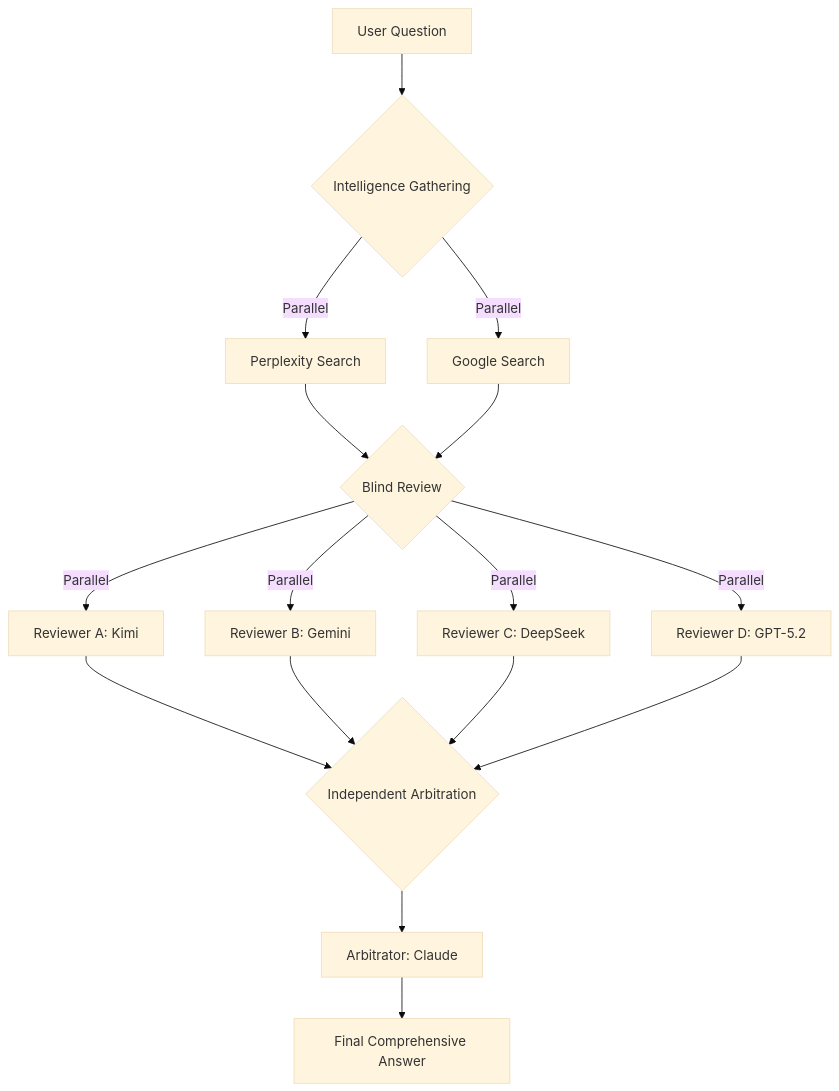
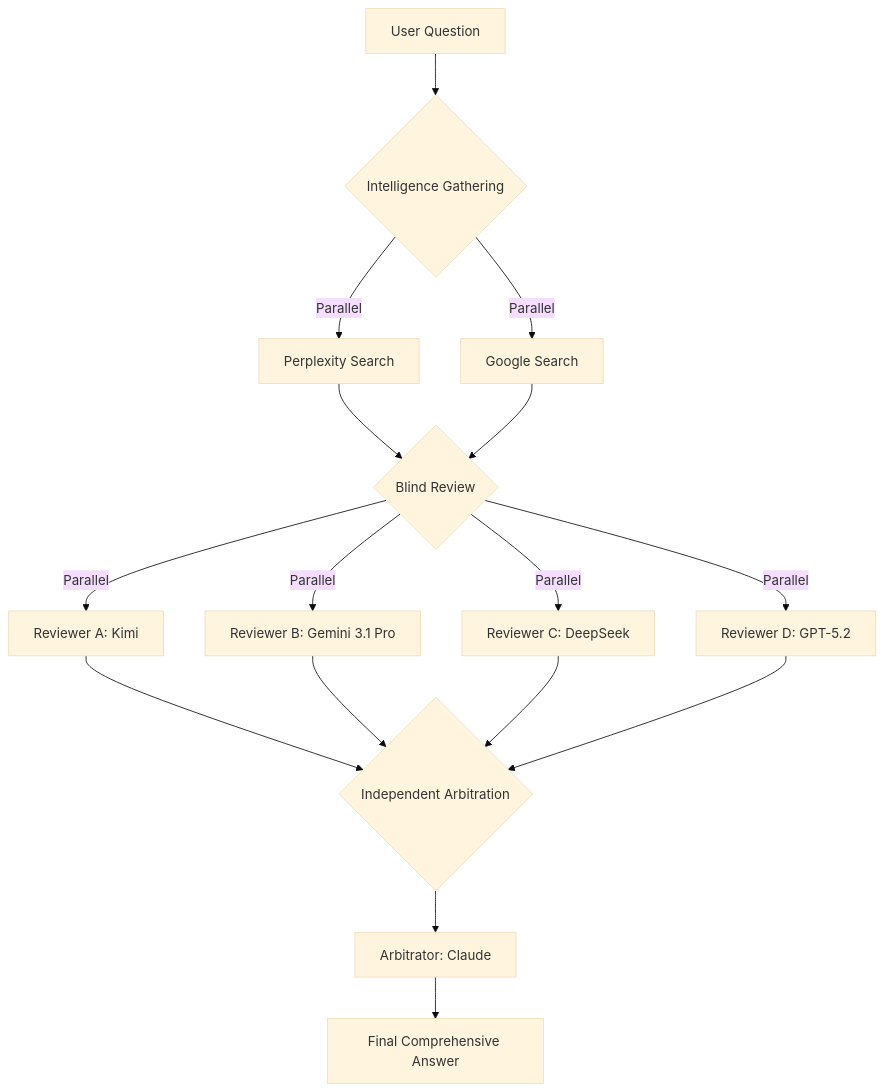
One commit to beckyeeky/openclaw-private-skills changed the diagram in ensemble-jury/SKILL.md. Above: the diagram before and after it, drawn with Mermaid (base theme). The commit also changed 2 other files, not shown here.

Commit message:
fix(ensemble-jury): update to use gemini-3-1-pro agent and add UTF-8 encoding fixes
- Replace gemini agent with gemini-3-1-pro for better performance
- Add stdout/stderr UTF-8 encoding to prevent Chinese garbled text
- Update SKILL.md and README.md documentation

````diff
--- a/ensemble-jury/SKILL.md
+++ b/ensemble-jury/SKILL.md
@@ -39,14 +39,14 @@
 ```mermaid
 graph TD
     A[User Question] --> B{Intelligence Gathering}
     B -->|Parallel| C[Perplexity Search]
     B -->|Parallel| D[Google Search]
     C & D --> E{Blind Review}
     E -->|Parallel| F[Reviewer A: Kimi]
-    E -->|Parallel| G[Reviewer B: Gemini]
+    E -->|Parallel| G[Reviewer B: Gemini 3.1 Pro]
     E -->|Parallel| H[Reviewer C: DeepSeek]
     E -->|Parallel| L[Reviewer D: GPT-5.2]
     F & G & H & L --> I{Independent Arbitration}
     I --> J[Arbitrator: Claude]
     J --> K[Final Comprehensive Answer]
 ```
````
